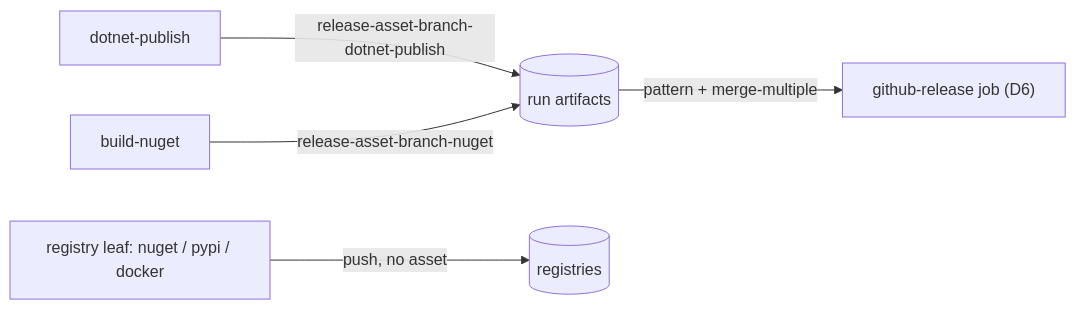
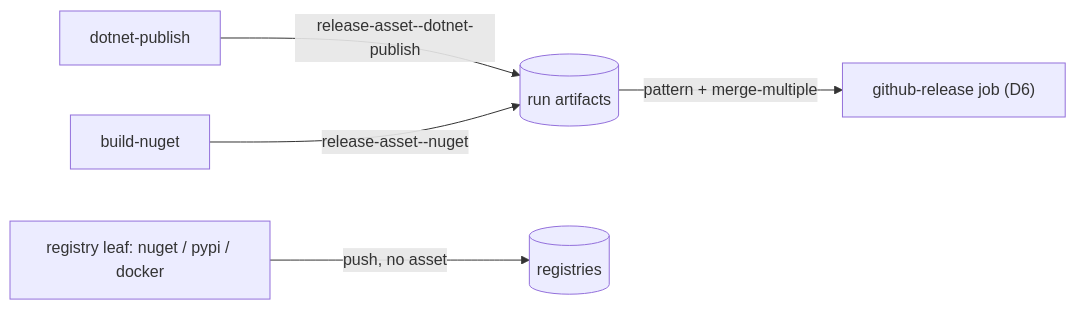
Before and after one commit to ptr727/ProjectTemplate: the third of 5 diagrams in WORKFLOW.md, drawn with Mermaid. The commit also changed other lines of this file and 5 other files, not shown here.

````diff
--- a/WORKFLOW.md
+++ b/WORKFLOW.md
@@ -79,7 +79,7 @@
 ```mermaid
 flowchart LR
-  dotnet[dotnet-publish] -->|release-asset-branch-dotnet-publish| store[(run artifacts)]
-  nuget[build-nuget] -->|release-asset-branch-nuget| store
+  dotnet[dotnet-publish] -->|release-asset-<branch>-dotnet-publish| store[(run artifacts)]
+  nuget[build-nuget] -->|release-asset-<branch>-nuget| store
   store -->|pattern + merge-multiple| rel["github-release job (D6)"]
   reg[registry leaf: nuget / pypi / docker] -->|push, no asset| registries[(registries)]
 ```
````
